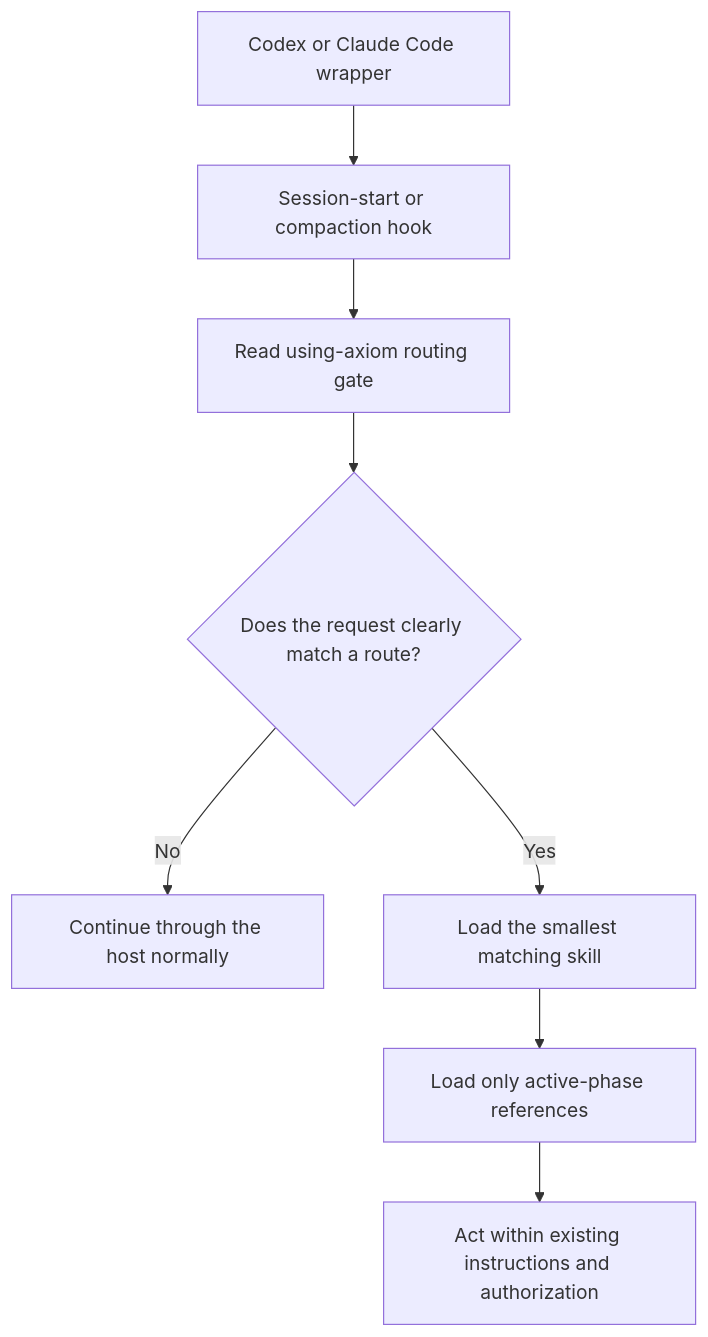
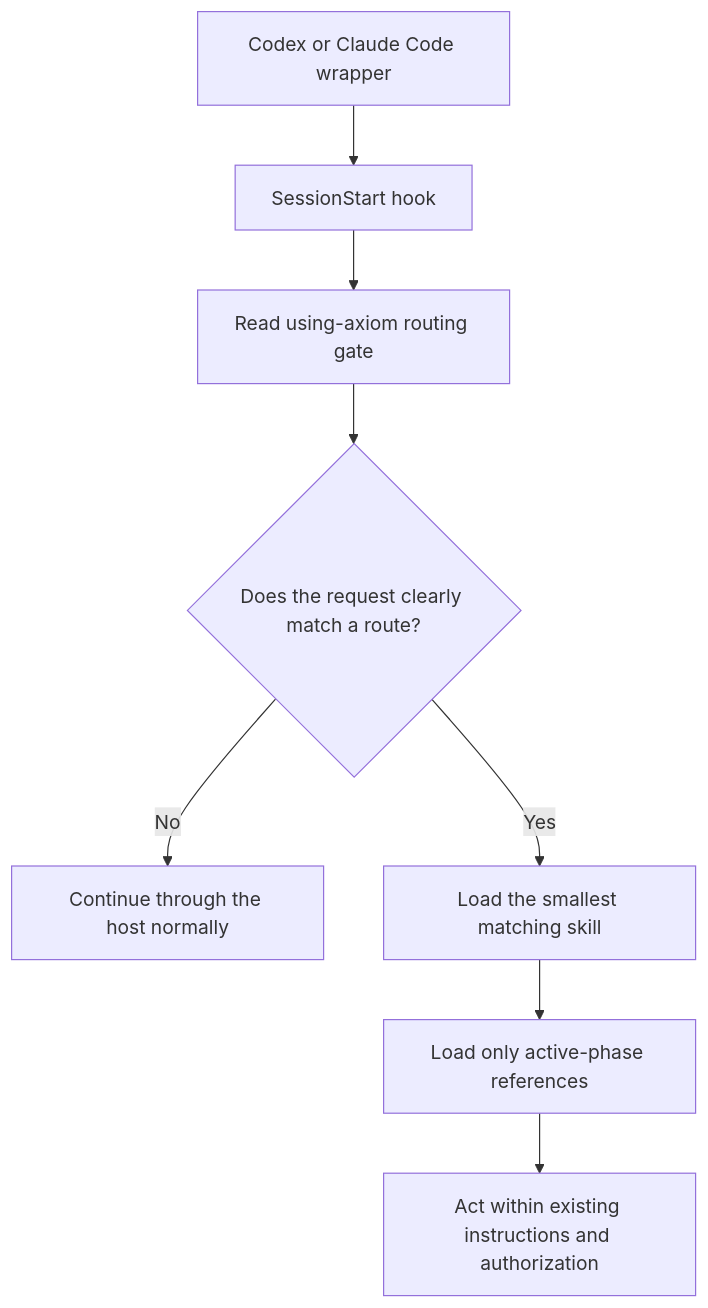
The diagram in docs/architecture.md (wheakerd/axiom), drawn with Mermaid before and after one commit. The commit also changed other lines of this file and 14 other files, not shown here.

First line of the commit message:
fix: remove ineffective Claude pre-compaction injection

````diff
--- a/docs/architecture.md
+++ b/docs/architecture.md
@@ -7,10 +7,10 @@
 ```mermaid
 flowchart TD
-    A["Codex or Claude Code wrapper"] --> B["Session-start or compaction hook"]
+    A["Codex or Claude Code wrapper"] --> B["SessionStart hook"]
     B --> C["Read using-axiom routing gate"]
     C --> D{"Does the request clearly match a route?"}
     D -- "No" --> E["Continue through the host normally"]
     D -- "Yes" --> F["Load the smallest matching skill"]
     F --> G["Load only active-phase references"]
     G --> H["Act within existing instructions and authorization"]
 ```
````
